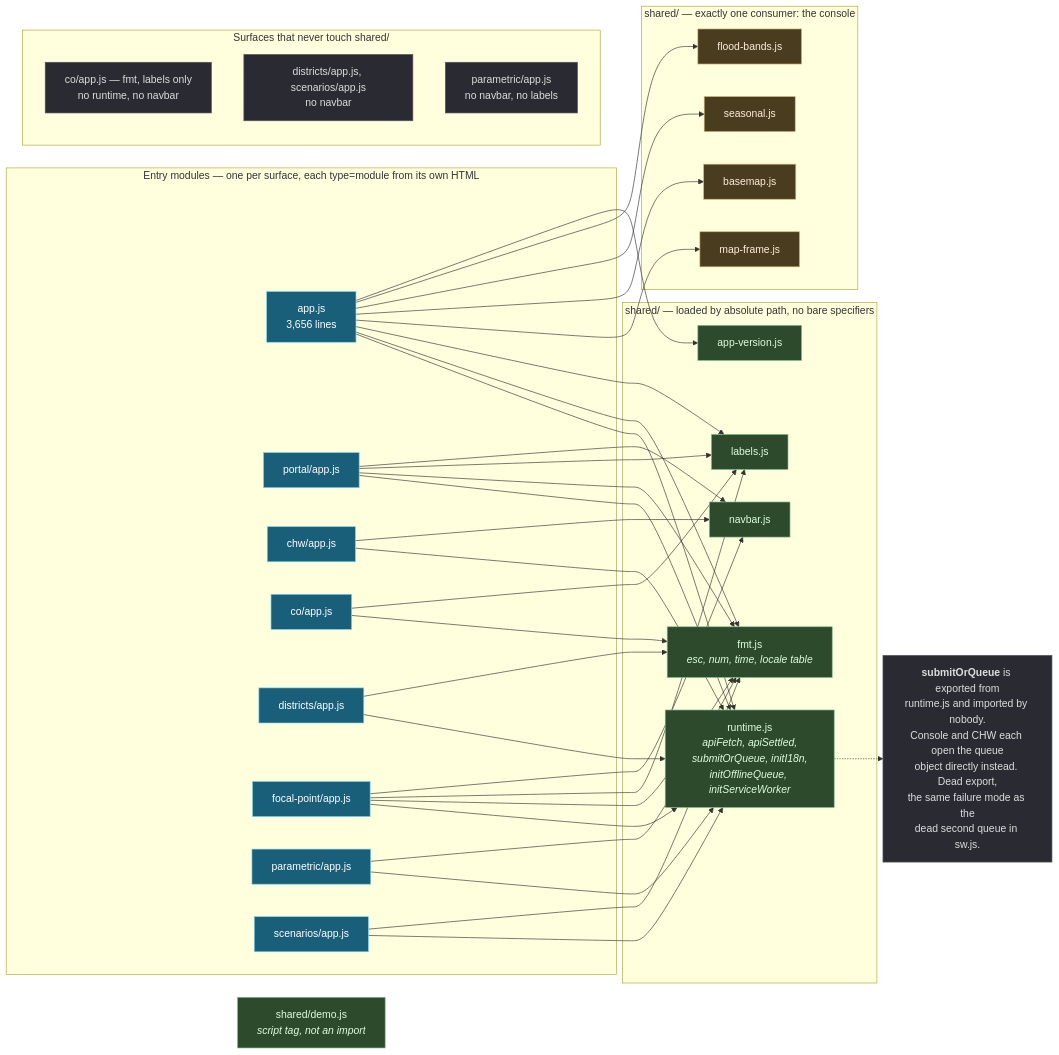
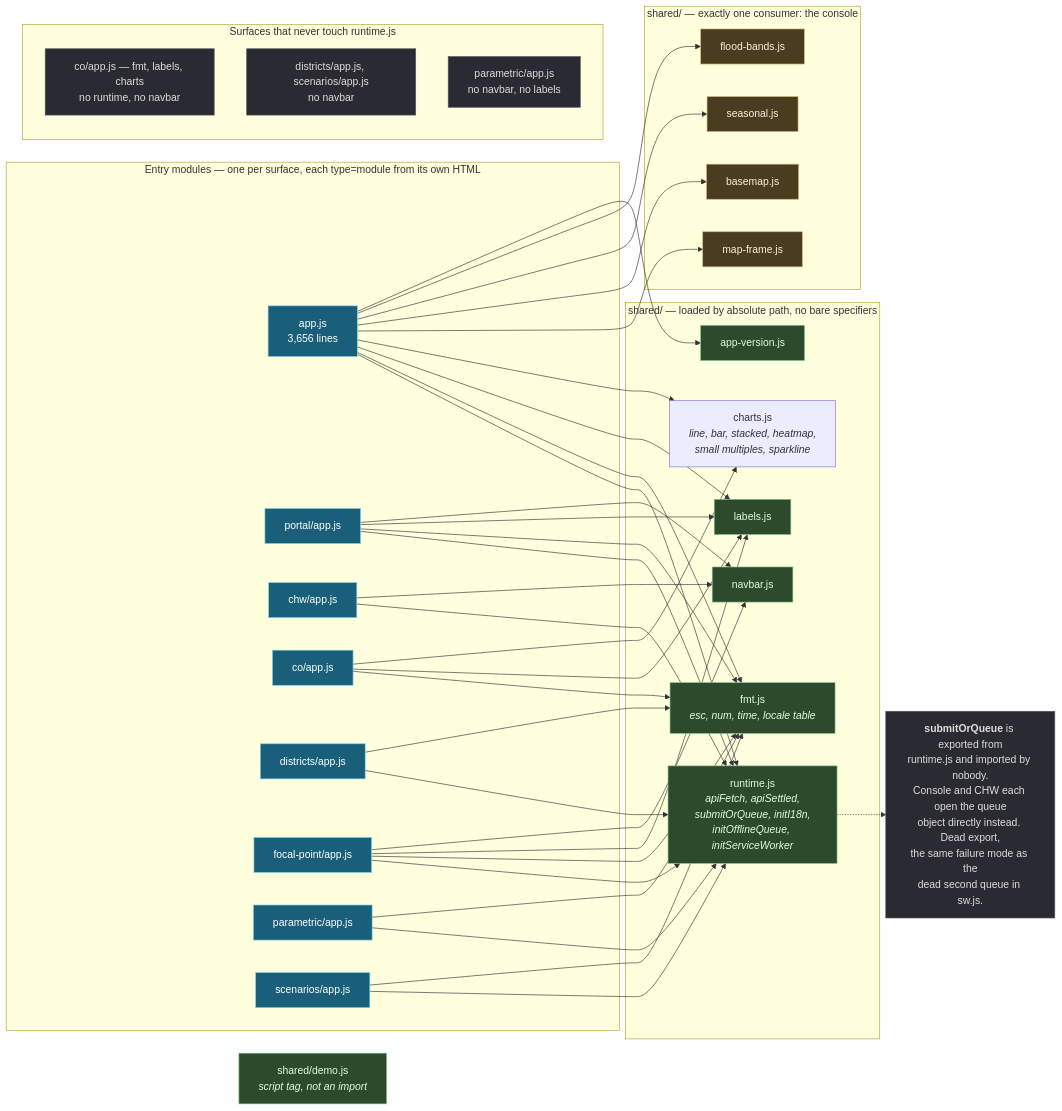
The second of 4 diagrams in docs/architecture/frontend.md (nyimbi/lindela-lite), drawn with Mermaid before and after one commit. The commit also changed 12 other files, not shown here.

````diff
--- a/docs/architecture/frontend.md
+++ b/docs/architecture/frontend.md
@@ -154,58 +154,59 @@
 ```mermaid
 flowchart LR
   subgraph ENT["Entry modules — one per surface, each type=module from its own HTML"]
     D["app.js<br/>3,656 lines"]
     P["portal/app.js"]
     C["chw/app.js"]
     O["co/app.js"]
     DI["districts/app.js"]
     F["focal-point/app.js"]
     PA["parametric/app.js"]
     S["scenarios/app.js"]
   end
 
   subgraph SHARED["shared/ — loaded by absolute path, no bare specifiers"]
     RT["runtime.js<br/><i>apiFetch, apiSettled,<br/>submitOrQueue, initI18n,<br/>initOfflineQueue, initServiceWorker</i>"]
     FMT["fmt.js<br/><i>esc, num, time, locale table</i>"]
     LBL["labels.js"]
+    CH["charts.js<br/><i>line, bar, stacked, heatmap,<br/>small multiples, sparkline</i>"]
     NAV["navbar.js"]
     VER["app-version.js"]
   end
 
   subgraph SOLO["shared/ — exactly one consumer: the console"]
     MF["map-frame.js"]
     BM["basemap.js"]
     SE["seasonal.js"]
     FB["flood-bands.js"]
   end
 
   DM["shared/demo.js<br/><i>script tag, not an import</i>"]
 
-  D --> RT & FMT & LBL & MF & BM & SE & FB & VER
+  D --> RT & FMT & LBL & CH & MF & BM & SE & FB & VER
   P --> RT & FMT & LBL & NAV
   C --> RT & NAV
-  O --> FMT & LBL
+  O --> FMT & LBL & CH
   DI --> RT & FMT
   F --> RT & FMT & LBL & NAV
   PA --> RT & FMT
   S --> RT & FMT
 
-  subgraph MARK["Surfaces that never touch shared/"]
-    NONE1["co/app.js — fmt, labels only<br/>no runtime, no navbar"]
+  subgraph MARK["Surfaces that never touch runtime.js"]
+    NONE1["co/app.js — fmt, labels, charts<br/>no runtime, no navbar"]
     NONE2["districts/app.js, scenarios/app.js<br/>no navbar"]
     NONE3["parametric/app.js<br/>no navbar, no labels"]
   end
 
   DEAD["<b>submitOrQueue</b> is exported from<br/>runtime.js and imported by nobody.<br/>Console and CHW each open the queue<br/>object directly instead. Dead export,<br/>the same failure mode as the<br/>dead second queue in sw.js."]
 
   classDef ent fill:#1a5f7a,stroke:#7fd4e8,color:#fff
   classDef sh fill:#2d4a2d,stroke:#7fbf8f,color:#dfd
   classDef solo fill:#4a3d1f,stroke:#d4b87f,color:#ffeedd
   classDef note fill:#2a2a32,stroke:#55555f,color:#ddd
   classDef mid fill:#1a5f7a,stroke:#7fd4e8,color:#fff
   class D,P,C,O,DI,F,PA,S ent
   class RT,FMT,LBL,NAV,VER,DM sh
   class MF,BM,SE,FB solo
   class NONE1,NONE2,NONE3,DEAD note
   RT -.-> DEAD
 ```
````
